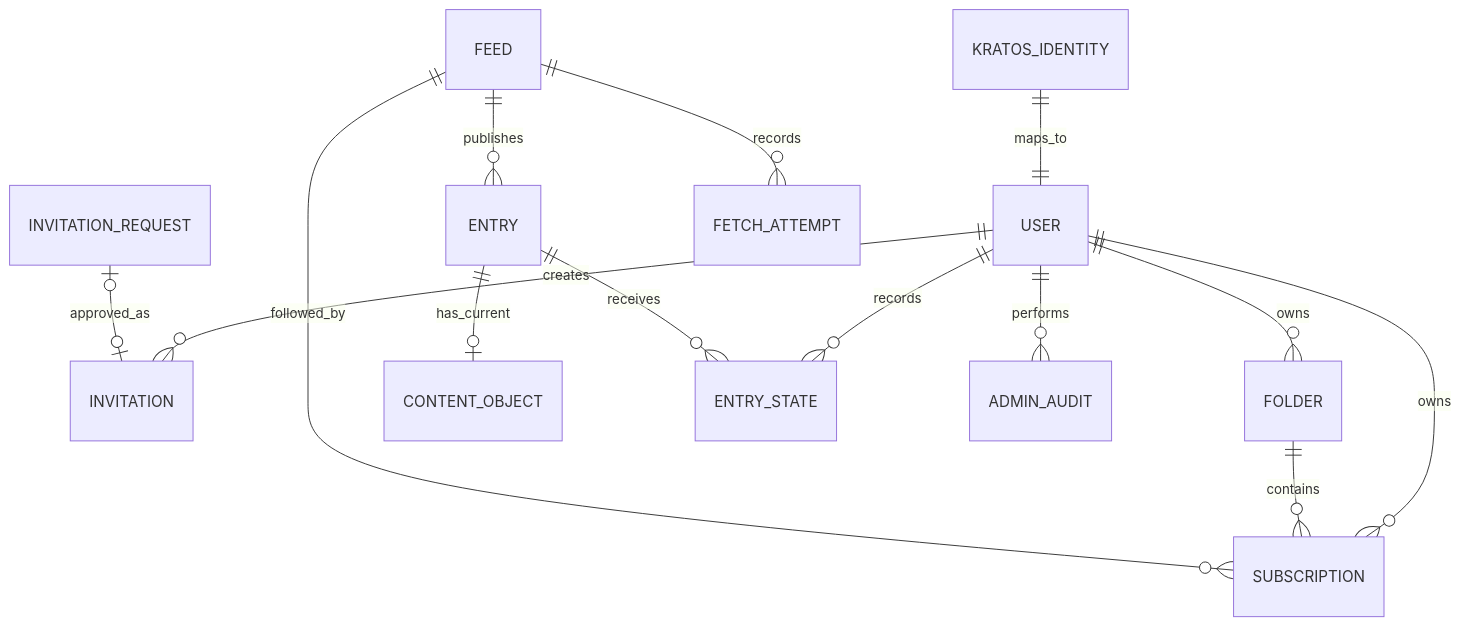
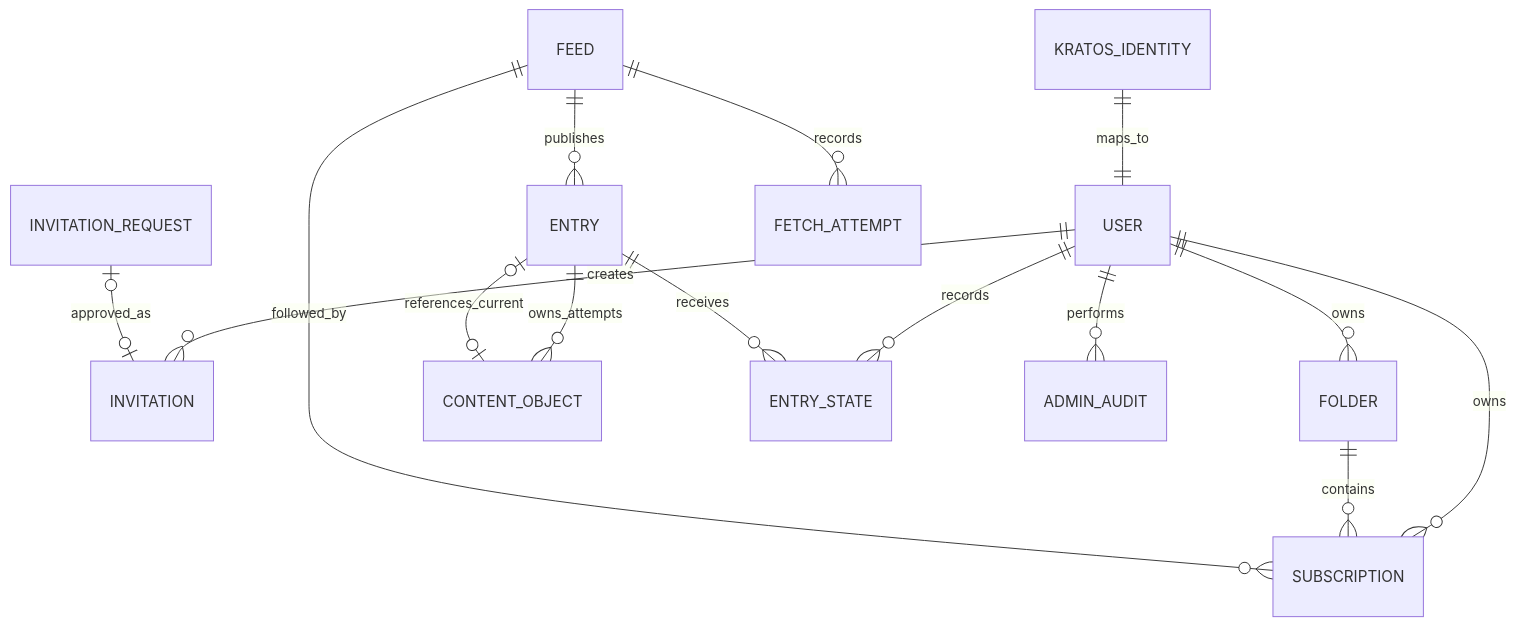
The diagram in docs/data-model.md (priver/reader), drawn with Mermaid before and after one commit. The commit also changed other lines of this file and 7 other files, not shown here.

First line of the commit message:
docs: define content object publication and recovery (#40)

````diff
--- a/docs/data-model.md
+++ b/docs/data-model.md
@@ -30,16 +32,17 @@
 ```mermaid
 erDiagram
   KRATOS_IDENTITY ||--|| USER : maps_to
   USER ||--o{ INVITATION : creates
   INVITATION_REQUEST o|--o| INVITATION : approved_as
   USER ||--o{ FOLDER : owns
   USER ||--o{ SUBSCRIPTION : owns
   FOLDER ||--o{ SUBSCRIPTION : contains
   FEED ||--o{ SUBSCRIPTION : followed_by
   FEED ||--o{ ENTRY : publishes
-  ENTRY ||--o| CONTENT_OBJECT : has_current
+  ENTRY ||--o{ CONTENT_OBJECT : owns_attempts
+  ENTRY o|--o| CONTENT_OBJECT : references_current
   USER ||--o{ ENTRY_STATE : records
   ENTRY ||--o{ ENTRY_STATE : receives
   USER ||--o{ ADMIN_AUDIT : performs
   FEED ||--o{ FETCH_ATTEMPT : records
 ```
````
